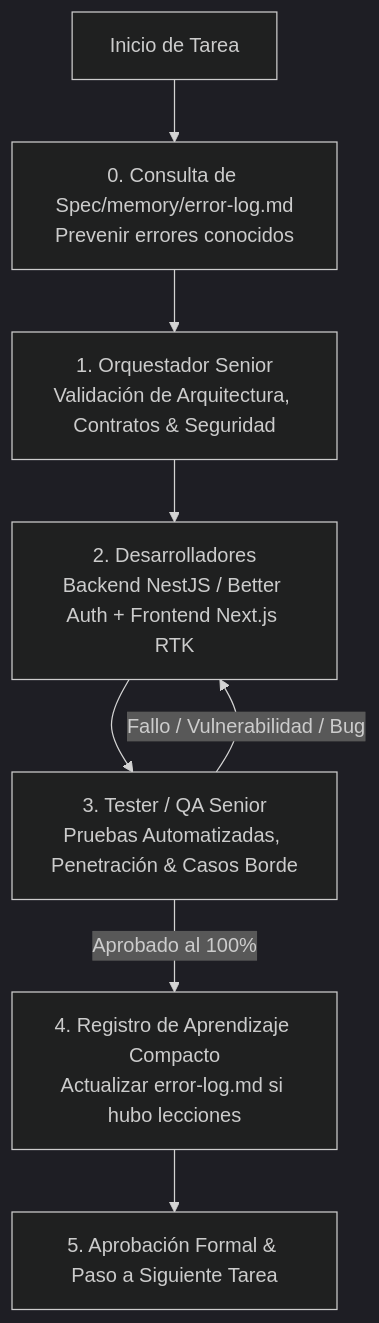
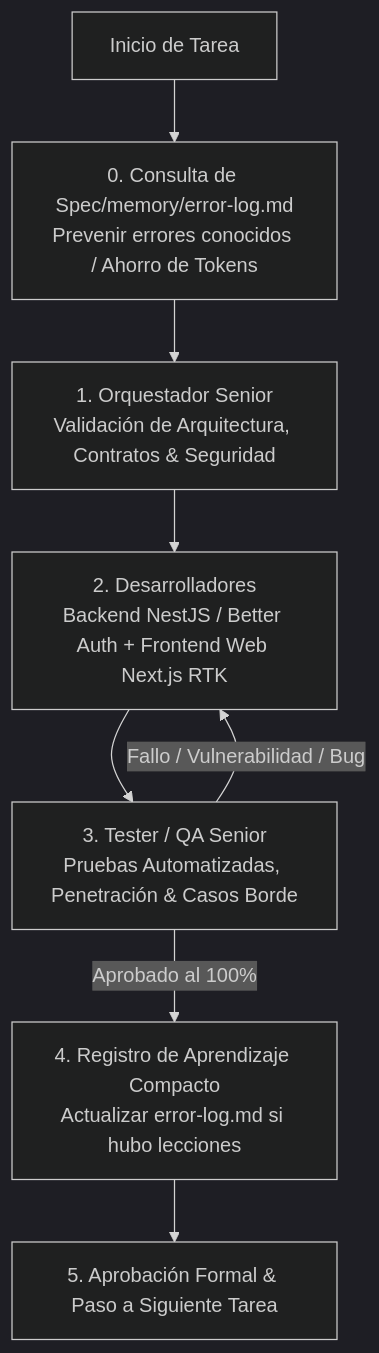
One commit to ang3lSm1th/Chifasas changed the diagram in Spec/constitution/plan-ejecucion.md. Above: the diagram before and after it, drawn with Mermaid (dark theme). The commit also changed other lines of this file and 4 other files, not shown here.

````diff
--- a/Spec/constitution/plan-ejecucion.md
+++ b/Spec/constitution/plan-ejecucion.md
@@ -7,10 +5,10 @@
 ```mermaid
 flowchart TD
-    START[Inicio de Tarea] --> PRE[0. Consulta de Spec/memory/error-log.md\nPrevenir errores conocidos]
+    START[Inicio de Tarea] --> PRE[0. Consulta de Spec/memory/error-log.md\nPrevenir errores conocidos / Ahorro de Tokens]
     PRE --> ORQ[1. Orquestador Senior\nValidación de Arquitectura, Contratos & Seguridad]
-    ORQ --> DEV[2. Desarrolladores\nBackend NestJS / Better Auth + Frontend Next.js RTK]
+    ORQ --> DEV[2. Desarrolladores\nBackend NestJS / Better Auth + Frontend Web Next.js RTK]
     DEV --> QA[3. Tester / QA Senior\nPruebas Automatizadas, Penetración & Casos Borde]
     QA -->|Fallo / Vulnerabilidad / Bug| DEV
     QA -->|Aprobado al 100%| MEM[4. Registro de Aprendizaje Compacto\nActualizar error-log.md si hubo lecciones]
     MEM --> PASS[5. Aprobación Formal & Paso a Siguiente Tarea]
 ```
````
